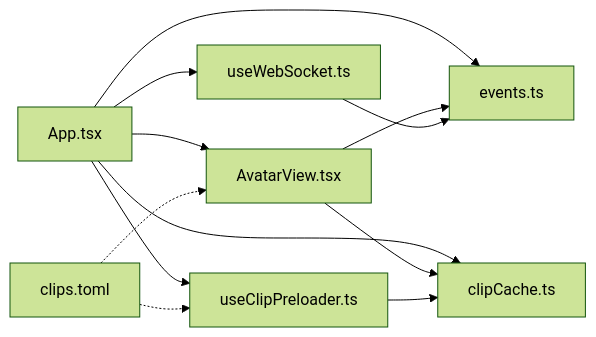
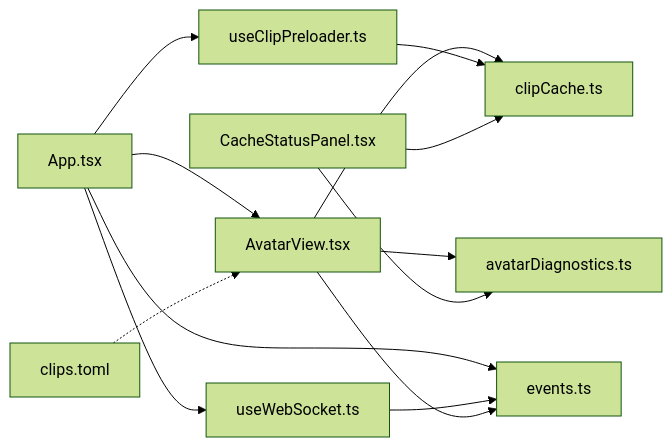
The fifth of 5 diagrams in .qoder/repowiki/zh/content/系统架构/前端应用架构/虚拟形象系统.md (leo21cn/real-time-talk), drawn with Mermaid (forest theme) before and after one commit. The commit also changed other lines of this file and 21 other files, not shown here.

````diff
--- a/.qoder/repowiki/zh/content/系统架构/前端应用架构/虚拟形象系统.md
+++ b/.qoder/repowiki/zh/content/系统架构/前端应用架构/虚拟形象系统.md
@@ -307,14 +399,15 @@
 ```mermaid
 graph LR
 App["App.tsx"] --> AV["AvatarView.tsx"]
 App --> WS["useWebSocket.ts"]
 App --> EVT["events.ts"]
-App --> CC["clipCache.ts"]
-App --> UCP["useClipPreloader.ts"]
+App --> CP["useClipPreloader.ts"]
+AV --> CC["clipCache.ts"]
+AV --> AD["avatarDiagnostics.ts"]
+CP --> CC
+CS["CacheStatusPanel.tsx"] --> CC
+CS --> AD
+WS --> EVT
 AV --> EVT
-AV --> CC
-WS --> EVT
-UCP --> CC
 CLIPS["clips.toml"] -.-> AV
-CLIPS -.-> UCP
 ```
````
